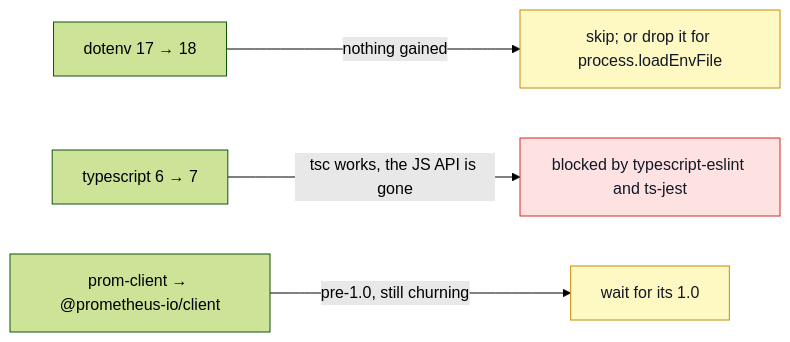
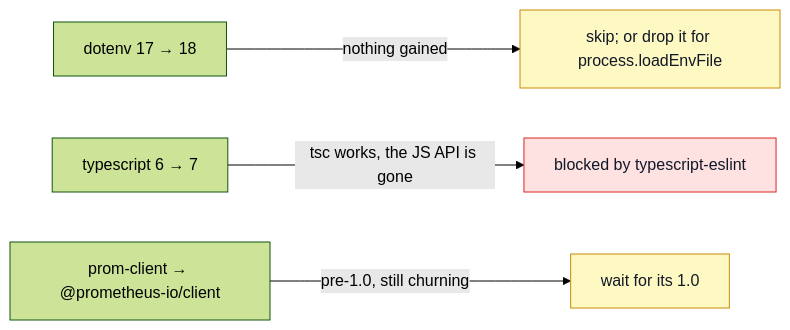
One commit to Guebbit/boilerplate-node-backend changed the diagram in docs/tools/pending-major-upgrades.md. Above: the diagram before and after it, drawn with Mermaid (forest theme). The commit also changed other lines of this file and 20 other files, not shown here.

````diff
--- a/docs/tools/pending-major-upgrades.md
+++ b/docs/tools/pending-major-upgrades.md
@@ -9,12 +9,12 @@
 ```mermaid
 flowchart LR
     DE["dotenv 17 → 18"] -->|"nothing gained"| DEW["skip; or drop it for process.loadEnvFile"]
-    TS["typescript 6 → 7"] -->|"tsc works, the JS API is gone"| TSW["blocked by typescript-eslint and ts-jest"]
+    TS["typescript 6 → 7"] -->|"tsc works, the JS API is gone"| TSW["blocked by typescript-eslint"]
 
     PC["prom-client → @prometheus-io/client"] -->|"pre-1.0, still churning"| PCW["wait for its 1.0"]
 
     classDef skip fill:#fef9c3,stroke:#ca8a04,color:#111827;
     classDef block fill:#fee2e2,stroke:#dc2626,color:#111827;
     class DEW,PCW skip;
     class TSW block;
 ```
````
